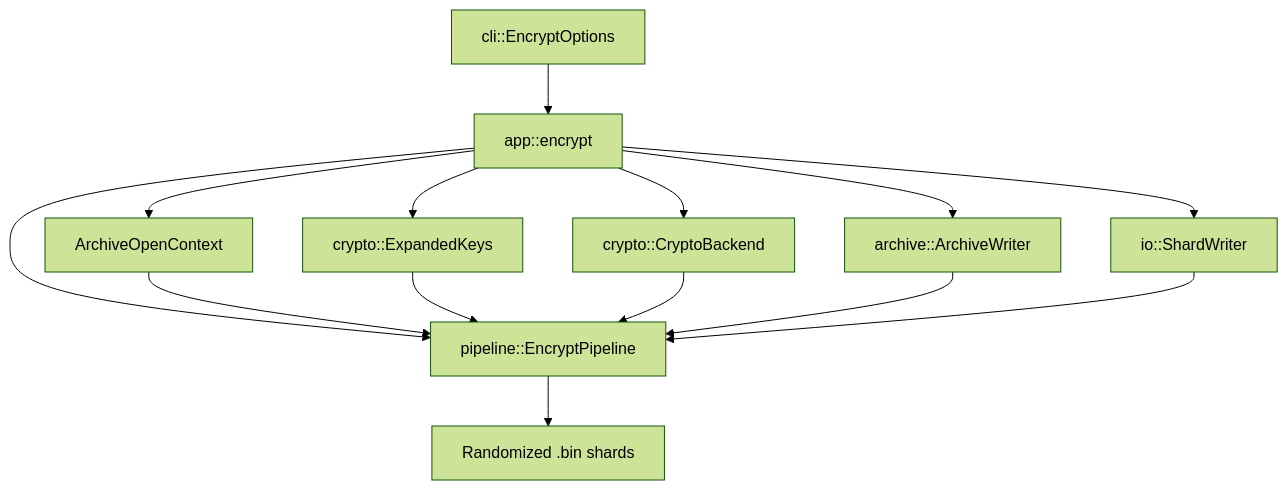
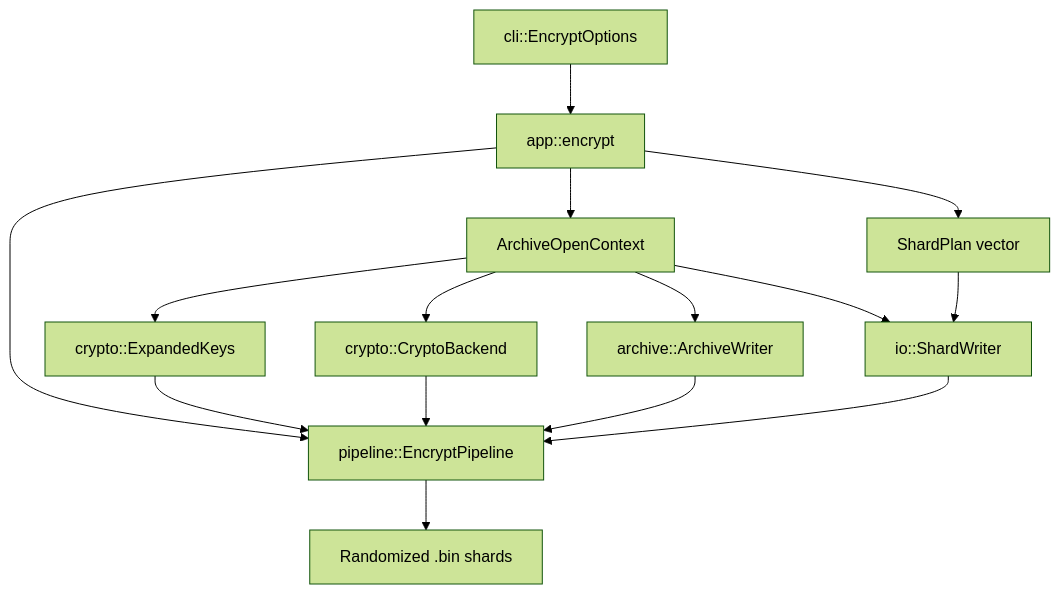
One commit to gellistvan/bseal-cpp-0 changed the second of 5 diagrams in docs/HIGH_LEVEL_DESIGN.md. Above: the diagram before and after it, drawn with Mermaid (forest theme). The commit also changed other lines of this file, not shown here.

````diff
--- a/docs/HIGH_LEVEL_DESIGN.md
+++ b/docs/HIGH_LEVEL_DESIGN.md
@@ -237,26 +321,28 @@
 ```mermaid
 flowchart TD
     Options[cli::EncryptOptions]
     App[app::encrypt]
     Context[ArchiveOpenContext]
+    ShardPlan[ShardPlan vector]
     Keys[crypto::ExpandedKeys]
     Backend[crypto::CryptoBackend]
     AW[archive::ArchiveWriter]
     SW[io::ShardWriter]
     EP[pipeline::EncryptPipeline]
     Output[Randomized .bin shards]
 
     Options --> App
     App --> Context
-    App --> Keys
-    App --> Backend
-    App --> AW
-    App --> SW
+    App --> ShardPlan
+    Context --> Keys
+    Context --> Backend
+    Context --> AW
+    Context --> SW
+    ShardPlan --> SW
     App --> EP
-    Context --> EP
     Keys --> EP
     Backend --> EP
     AW --> EP
     SW --> EP
     EP --> Output
 ```
````
